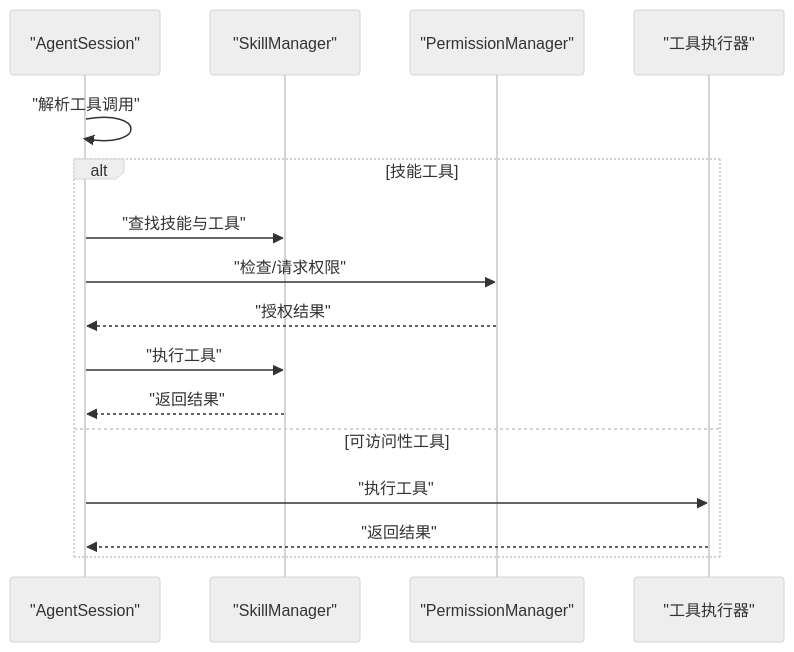
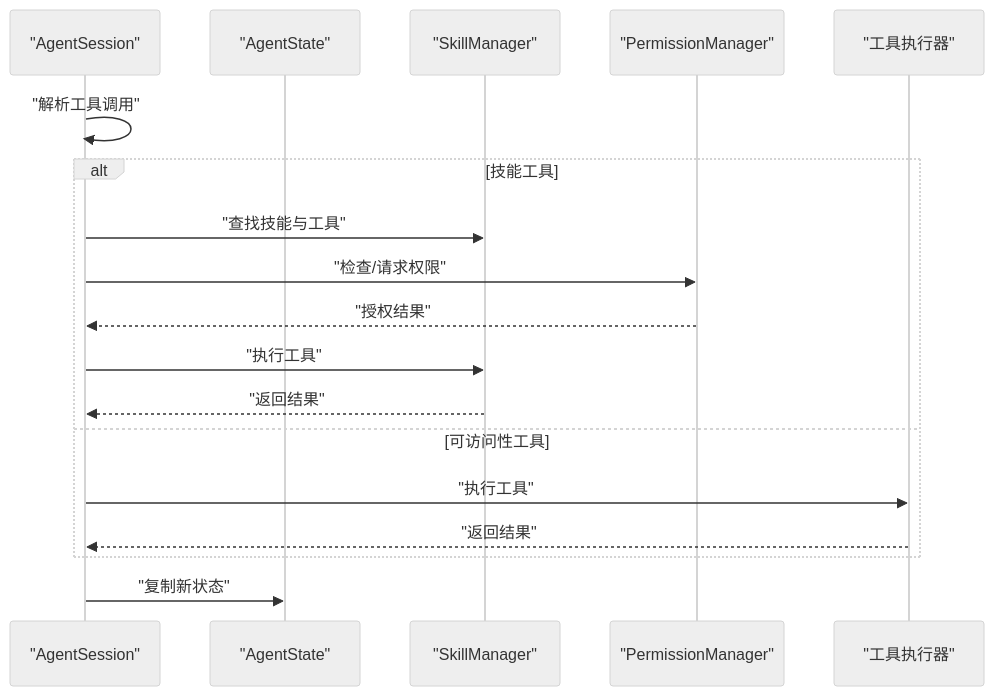
One commit to guuyn/OpenClaw-Android changed the fifth of 10 diagrams in .qoder/repowiki/zh/content/核心模块/AI对话系统/AgentSession核心实现.md. Above: the diagram before and after it, drawn with Mermaid (neutral theme). The commit also changed other lines of this file and 4 other files, not shown here.

````diff
--- a/.qoder/repowiki/zh/content/核心模块/AI对话系统/AgentSession核心实现.md
+++ b/.qoder/repowiki/zh/content/核心模块/AI对话系统/AgentSession核心实现.md
@@ -173,18 +224,20 @@
 ```mermaid
 sequenceDiagram
 participant AS as "AgentSession"
+participant GS as "AgentState"
 participant SM as "SkillManager"
 participant PM as "PermissionManager"
 participant TE as "工具执行器"
 AS->>AS : "解析工具调用"
 alt 技能工具
 AS->>SM : "查找技能与工具"
 AS->>PM : "检查/请求权限"
 PM-->>AS : "授权结果"
 AS->>SM : "执行工具"
 SM-->>AS : "返回结果"
 else 可访问性工具
 AS->>TE : "执行工具"
 TE-->>AS : "返回结果"
 end
+AS->>GS : "复制新状态"
 ```
````
